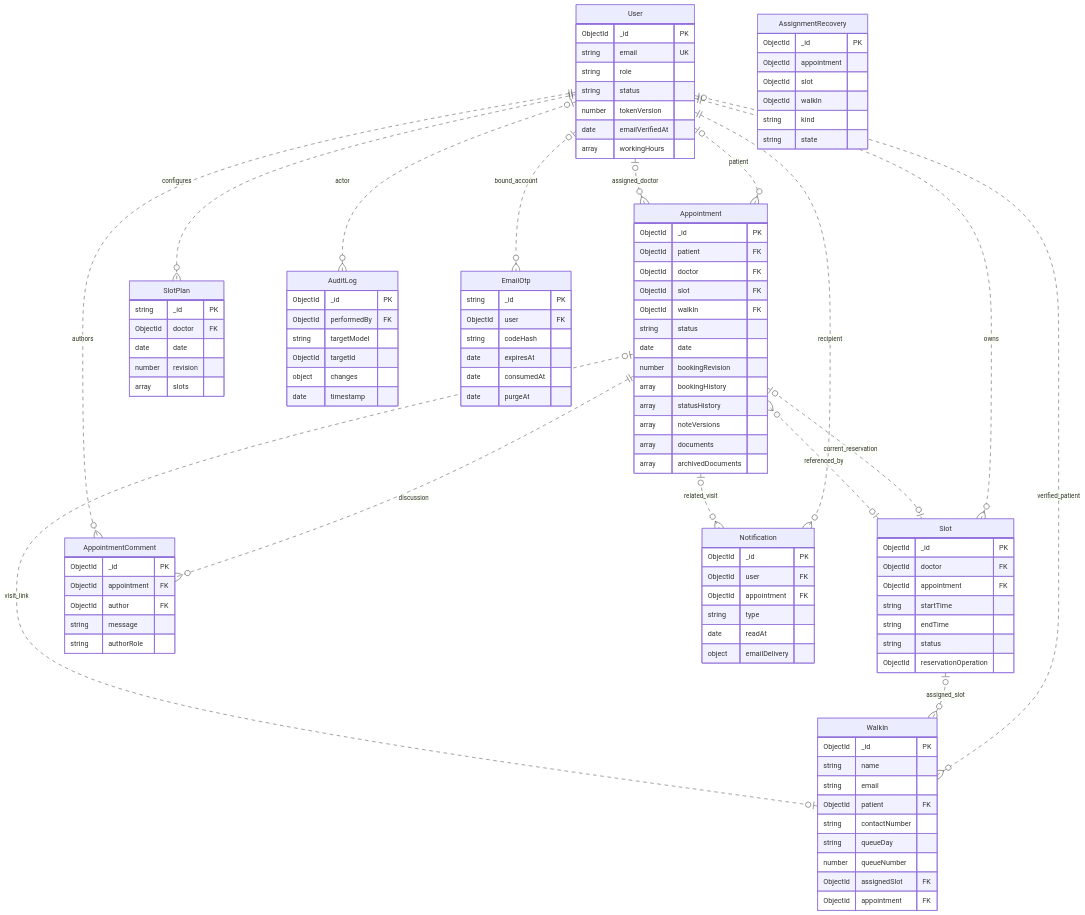
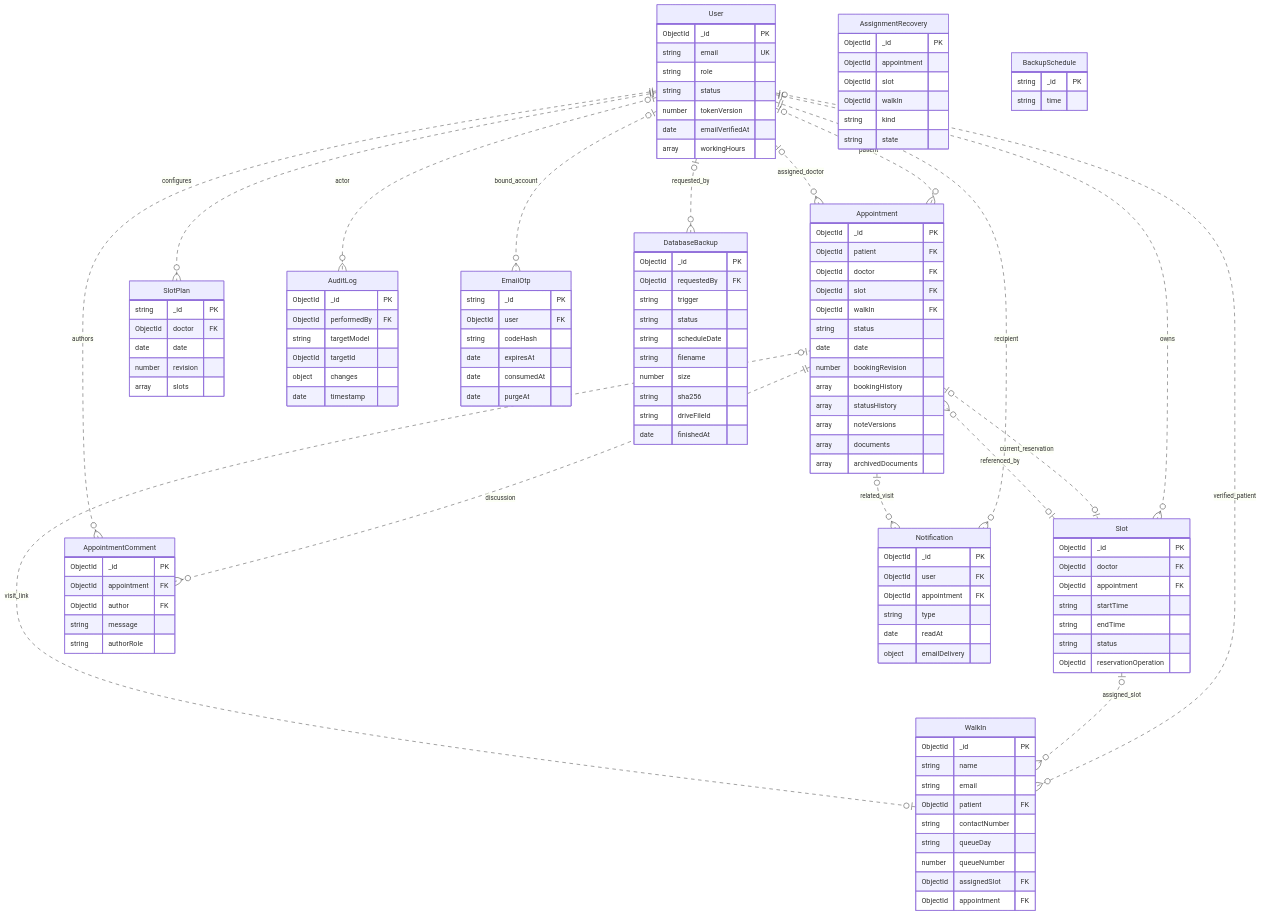
One commit to EmlanoCC-Dev/SIA_CareSync changed the diagram in docs/final_submission/diagrams/09-erd.mmd. Above: the diagram before and after it, drawn with Mermaid. The commit also changed 13 other files, not shown here.

Commit message:
Update final submission diagrams

```diff
--- a/docs/final_submission/diagrams/09-erd.mmd
+++ b/docs/final_submission/diagrams/09-erd.mmd
@@ -1,106 +1,123 @@
 erDiagram
     User {
         ObjectId _id PK
         string email UK
         string role
         string status
         number tokenVersion
         date emailVerifiedAt
         array workingHours
     }
     Appointment {
         ObjectId _id PK
         ObjectId patient FK
         ObjectId doctor FK
         ObjectId slot FK
         ObjectId walkIn FK
         string status
         date date
         number bookingRevision
         array bookingHistory
         array statusHistory
         array noteVersions
         array documents
         array archivedDocuments
     }
     Slot {
         ObjectId _id PK
         ObjectId doctor FK
         ObjectId appointment FK
         string startTime
         string endTime
         string status
         ObjectId reservationOperation
     }
     WalkIn {
         ObjectId _id PK
         string name
         string email
         ObjectId patient FK
         string contactNumber
         string queueDay
         number queueNumber
         ObjectId assignedSlot FK
         ObjectId appointment FK
     }
     SlotPlan {
         string _id PK
         ObjectId doctor FK
         date date
         number revision
         array slots
     }
     AssignmentRecovery {
         ObjectId _id PK
         ObjectId appointment
         ObjectId slot
         ObjectId walkIn
         string kind
         string state
     }
     AppointmentComment {
         ObjectId _id PK
         ObjectId appointment FK
         ObjectId author FK
         string message
         string authorRole
     }
     Notification {
         ObjectId _id PK
         ObjectId user FK
         ObjectId appointment FK
         string type
         date readAt
         object emailDelivery
     }
     AuditLog {
         ObjectId _id PK
         ObjectId performedBy FK
         string targetModel
         ObjectId targetId
         object changes
         date timestamp
     }
     EmailOtp {
         string _id PK
         ObjectId user FK
         string codeHash
         date expiresAt
         date consumedAt
         date purgeAt
     }
+    DatabaseBackup {
+        ObjectId _id PK
+        ObjectId requestedBy FK
+        string trigger
+        string status
+        string scheduleDate
+        string filename
+        number size
+        string sha256
+        string driveFileId
+        date finishedAt
+    }
+    BackupSchedule {
+        string _id PK
+        string time
+    }
     User |o..o{ Appointment : patient
     User |o..o{ WalkIn : verified_patient
     User |o..o{ Appointment : assigned_doctor
     User ||..o{ Slot : owns
     User ||..o{ SlotPlan : configures
     WalkIn |o..o| Appointment : visit_link
     Slot |o..o{ Appointment : referenced_by
     Appointment |o..o| Slot : current_reservation
     Slot |o..o{ WalkIn : assigned_slot
     Appointment ||..o{ AppointmentComment : discussion
     User ||..o{ AppointmentComment : authors
     User ||..o{ Notification : recipient
     Appointment |o..o{ Notification : related_visit
     User |o..o{ AuditLog : actor
     User |o..o{ EmailOtp : bound_account
+    User |o..o{ DatabaseBackup : requested_by
```
